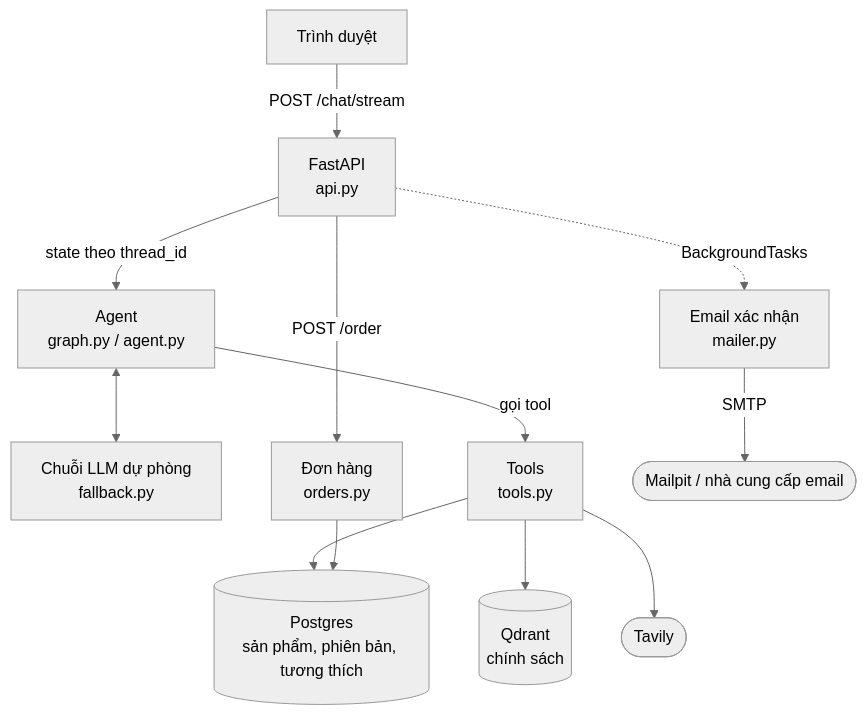
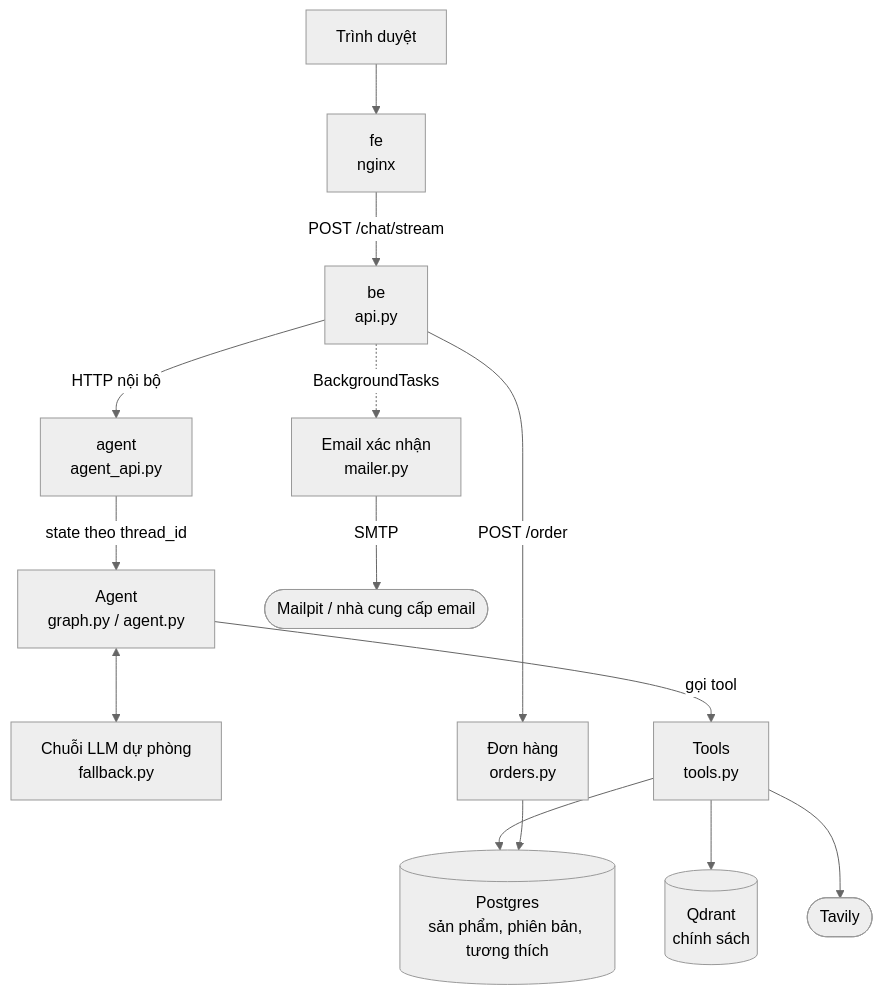
Before and after one commit to vu-wspace/sales_agent: the first of 4 diagrams in README.md, drawn with Mermaid (neutral theme). The commit also changed other lines of this file and 9 other files, not shown here.

First line of the commit message:
tách thành 3 service fe (nginx), be (api.py), agent (agent_api.py)

````diff
--- a/README.md
+++ b/README.md
@@ -248,12 +276,14 @@
 ```mermaid
 flowchart TB
-    browser["Trình duyệt"] -- "POST /chat/stream" --> api["FastAPI<br/>api.py"]
-    api -- "state theo thread_id" --> agent["Agent<br/>graph.py / agent.py"]
+    browser["Trình duyệt"] --> fe["fe<br/>nginx"]
+    fe -- "POST /chat/stream" --> api["be<br/>api.py"]
+    api -- "HTTP nội bộ" --> agent_api["agent<br/>agent_api.py"]
+    agent_api -- "state theo thread_id" --> agent["Agent<br/>graph.py / agent.py"]
     agent <--> chain["Chuỗi LLM dự phòng<br/>fallback.py"]
     agent -- "gọi tool" --> tools["Tools<br/>tools.py"]
     tools --> postgres[("Postgres<br/>sản phẩm, phiên bản, tương thích")]
     tools --> qdrant[("Qdrant<br/>chính sách")]
     tools --> tavily(["Tavily"])
     api -- "POST /order" --> orders["Đơn hàng<br/>orders.py"] --> postgres
     api -. "BackgroundTasks" .-> mailer["Email xác nhận<br/>mailer.py"] -- "SMTP" --> mailpit(["Mailpit / nhà cung cấp email"])
 ```
````
